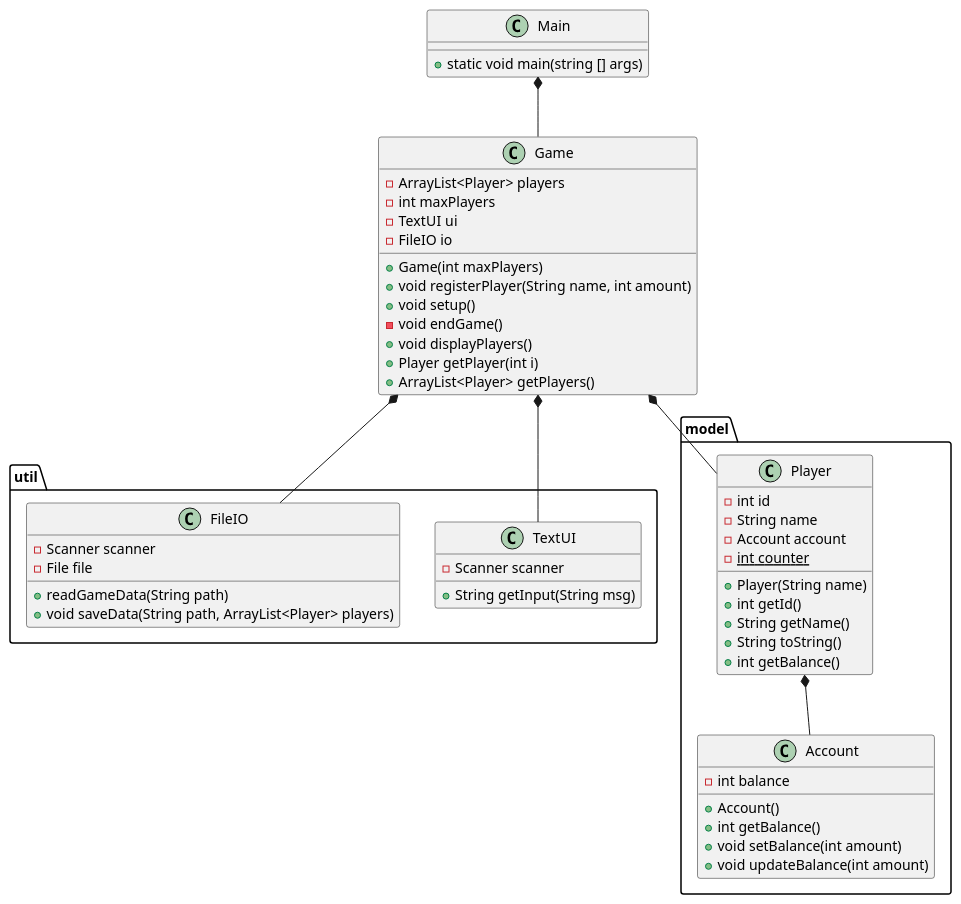
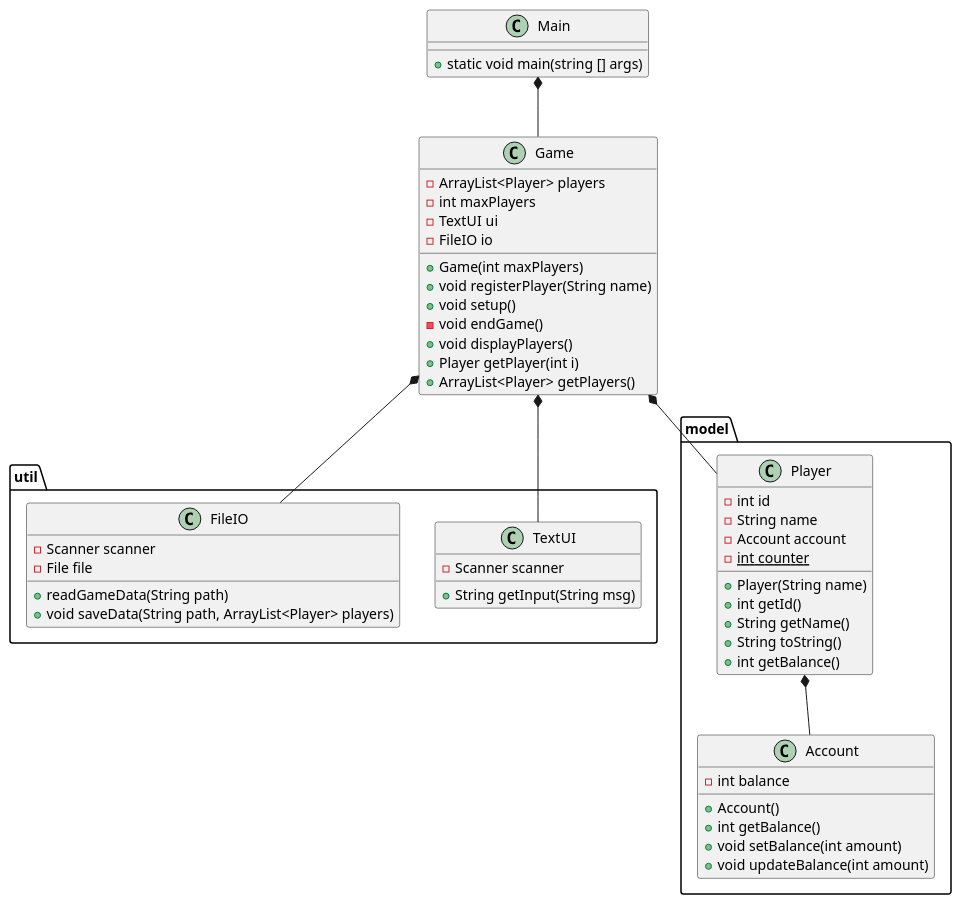
One commit to babanoelk/Monopoly changed the diagram in doc/classdiagram.puml. Above: the diagram before and after it, drawn with PlantUML. The commit also changed 4 other files, not shown here.

```diff
--- a/doc/classdiagram.puml
+++ b/doc/classdiagram.puml
@@ -1,59 +1,59 @@
 @startuml
 'https://plantuml.com/class-diagram
 
 class Main
 class Game
 
 package "util"{
 class TextUI
 class FileIO
 }
 package "model"{
 class Player
 class Account
 }
 Main *-- Game
 Game *-- TextUI
 Game *-- FileIO
 Game *-- Player
 Player *-- Account
 
 Main : + static void main(string [] args)
 
 Player : -int id
 Player  : -String name
 Player  : -Account account
 Player  : -{static} int counter
 Player  : +Player(String name)
 Player  : +int getId()
 Player  : +String getName()
 Player  : +String toString()
 Player  : +int getBalance()
 
 Account : - int balance
 Account : + Account()
 Account : + int getBalance()
 Account : + void setBalance(int amount)
 Account : + void updateBalance(int amount)
 
 Game : - ArrayList<Player> players
 Game : - int maxPlayers
 Game : - TextUI ui
 Game : - FileIO io
 Game : + Game(int maxPlayers)
-Game : + void registerPlayer(String name, int amount)
+Game : + void registerPlayer(String name)
 Game : + void setup()
 Game : - void endGame()
 Game : + void displayPlayers()
 Game : + Player getPlayer(int i)
 Game : + ArrayList<Player> getPlayers()
 
 TextUI : + String getInput(String msg)
 TextUI : - Scanner scanner
 
 FileIO : - Scanner scanner
 FileIO : - File file
 FileIO : + readGameData(String path)
 FileIO : + void saveData(String path, ArrayList<Player> players)
 
 @enduml
```
